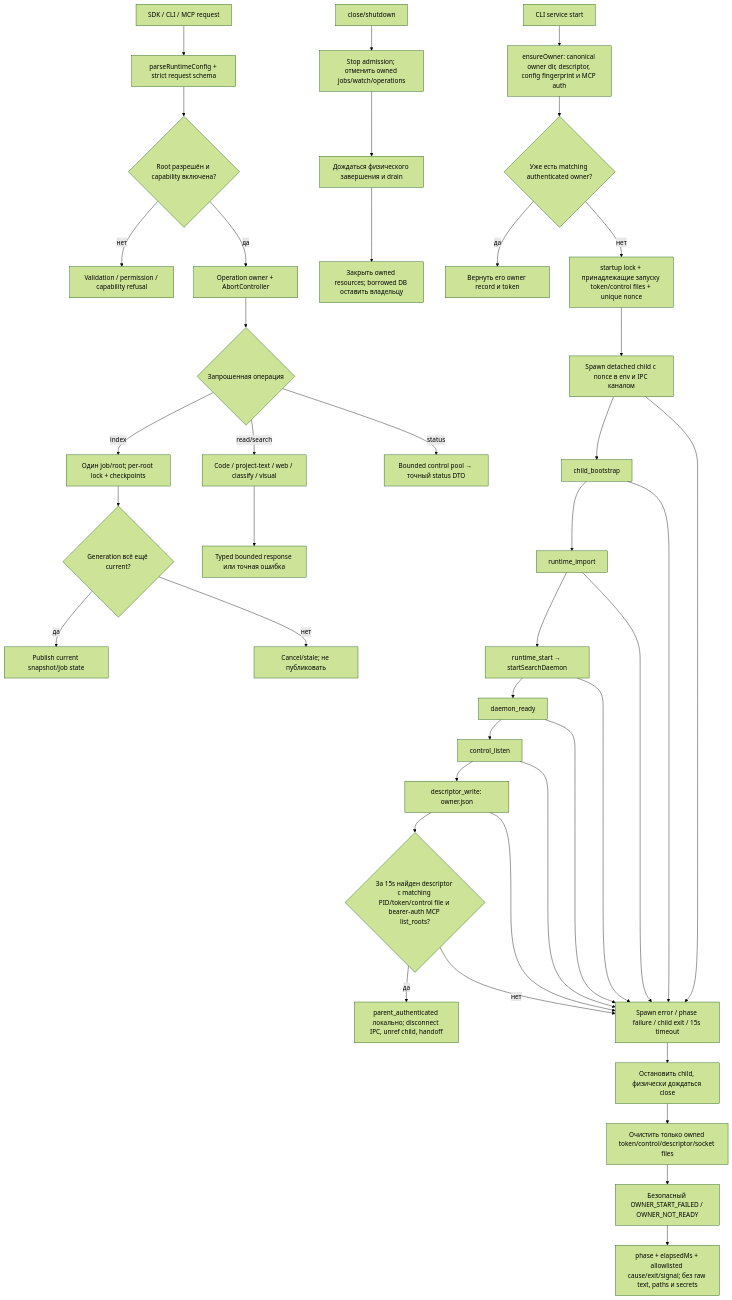
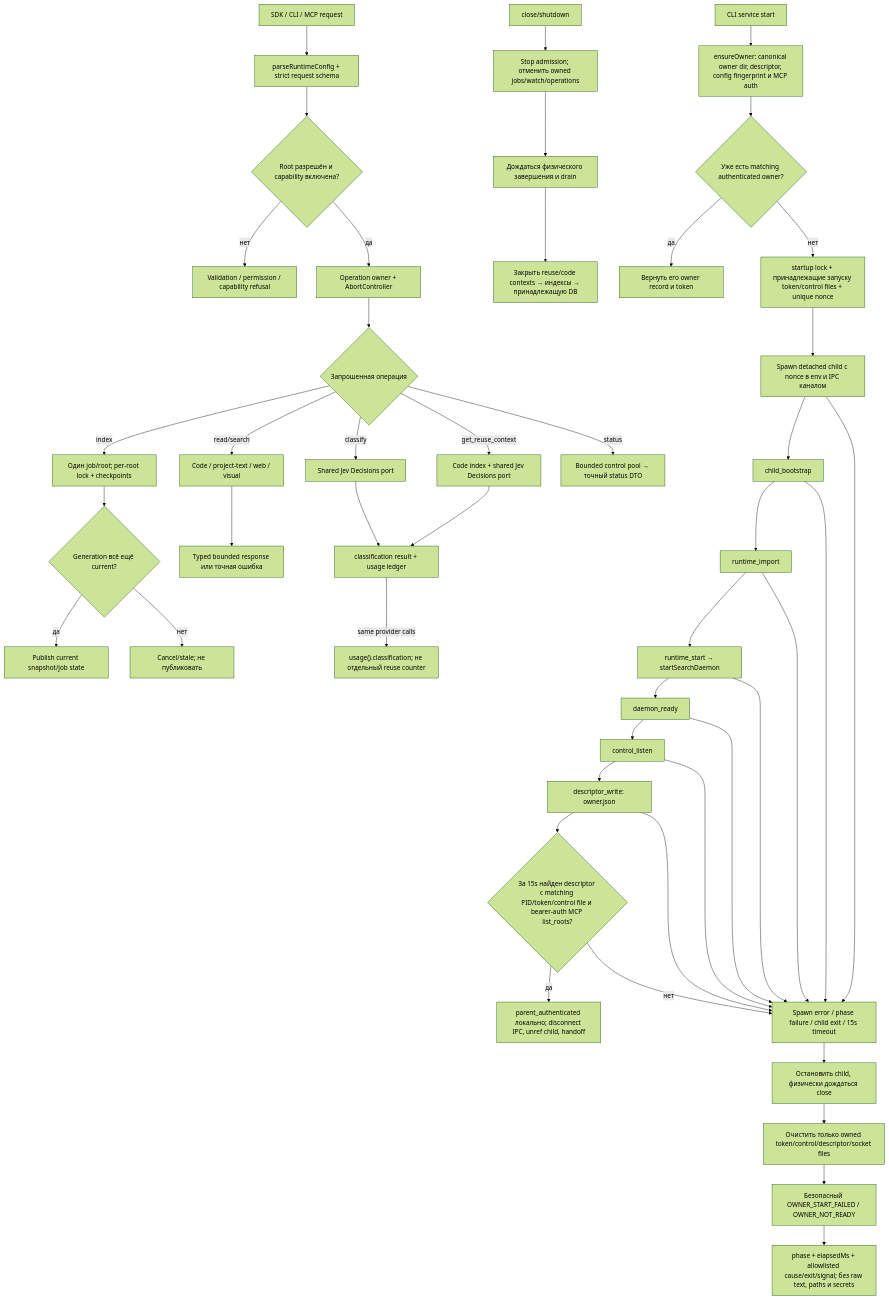
One commit to zoomplus/zorya-search changed the diagram in src/runtime/README.md. Above: the diagram before and after it, drawn with Mermaid (forest theme). The commit also changed other lines of this file and 18 other files, not shown here.

Commit message:
docs(search): explain Jev reuse flow and caller-controlled integration

````diff
--- a/src/runtime/README.md
+++ b/src/runtime/README.md
@@ -5,43 +7,48 @@
 ```mermaid
 flowchart TD
  A["SDK / CLI / MCP request"] --> B["parseRuntimeConfig + strict request schema"]
  B --> C{"Root разрешён и capability включена?"}
  C -->|"нет"| D["Validation / permission / capability refusal"]
  C -->|"да"| E["Operation owner + AbortController"]
  E --> F{"Запрошенная операция"}
  F -->|"index"| G["Один job/root; per-root lock + checkpoints"]
- F -->|"read/search"| H["Code / project-text / web / classify / visual"]
+ F -->|"read/search"| H["Code / project-text / web / visual"]
+ F -->|"classify"| HJ["Shared Jev Decisions port"]
+ F -->|"get_reuse_context"| HR["Code index + shared Jev Decisions port"]
  F -->|"status"| I["Bounded control pool → точный status DTO"]
  G --> J{"Generation всё ещё current?"}
  J -->|"да"| K["Publish current snapshot/job state"]
  J -->|"нет"| L["Cancel/stale; не публиковать"]
  H --> M["Typed bounded response или точная ошибка"]
+ HJ --> HU["classification result + usage ledger"]
+ HR --> HU
  N["close/shutdown"] --> O["Stop admission; отменить owned jobs/watch/operations"]
  O --> P["Дождаться физического завершения и drain"]
- P --> Q["Закрыть owned resources; borrowed DB оставить владельцу"]
+ P --> Q["Закрыть reuse/code contexts → индексы → принадлежащую DB"]
+ HU -->|"same provider calls"| US["usage().classification; не отдельный reuse counter"]
  R["CLI service start"] --> S["ensureOwner: canonical owner dir, descriptor, config fingerprint и MCP auth"]
  S --> T{"Уже есть matching authenticated owner?"}
  T -->|"да"| U["Вернуть его owner record и token"]
  T -->|"нет"| V["startup lock + принадлежащие запуску token/control files + unique nonce"]
  V --> W["Spawn detached child с nonce в env и IPC каналом"]
  W --> X["child_bootstrap"]
  X --> Y["runtime_import"]
  Y --> Z["runtime_start → startSearchDaemon"]
  Z --> AA["daemon_ready"]
  AA --> AB["control_listen"]
  AB --> AC["descriptor_write: owner.json"]
  AC --> AD{"За 15s найден descriptor с matching PID/token/control file и bearer-auth MCP list_roots?"}
  AD -->|"да"| AE["parent_authenticated локально; disconnect IPC, unref child, handoff"]
  W --> AF["Spawn error / phase failure / child exit / 15s timeout"]
  X --> AF
  Y --> AF
  Z --> AF
  AA --> AF
  AB --> AF
  AC --> AF
  AD -->|"нет"| AF
  AF --> AG["Остановить child, физически дождаться close"]
  AG --> AH["Очистить только owned token/control/descriptor/socket files"]
  AH --> AI["Безопасный OWNER_START_FAILED / OWNER_NOT_READY"]
  AI --> AJ["phase + elapsedMs + allowlisted cause/exit/signal; без raw text, paths и secrets"]
 ```
````
